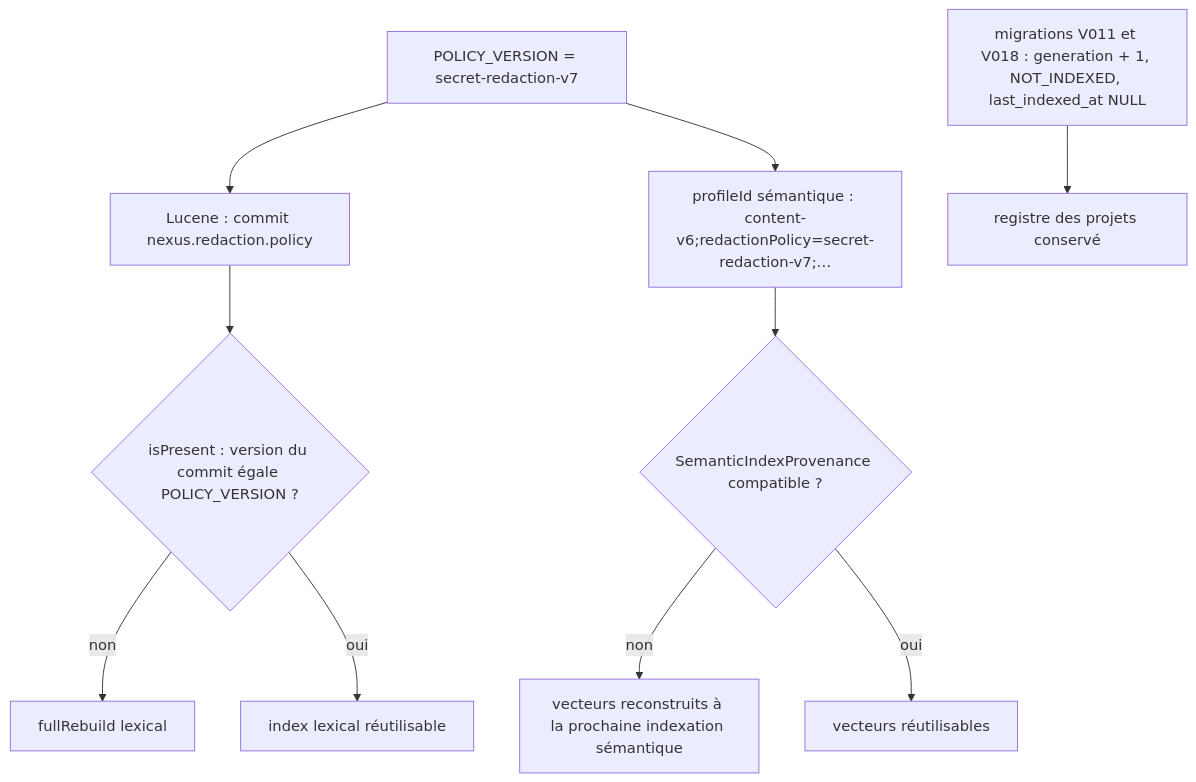
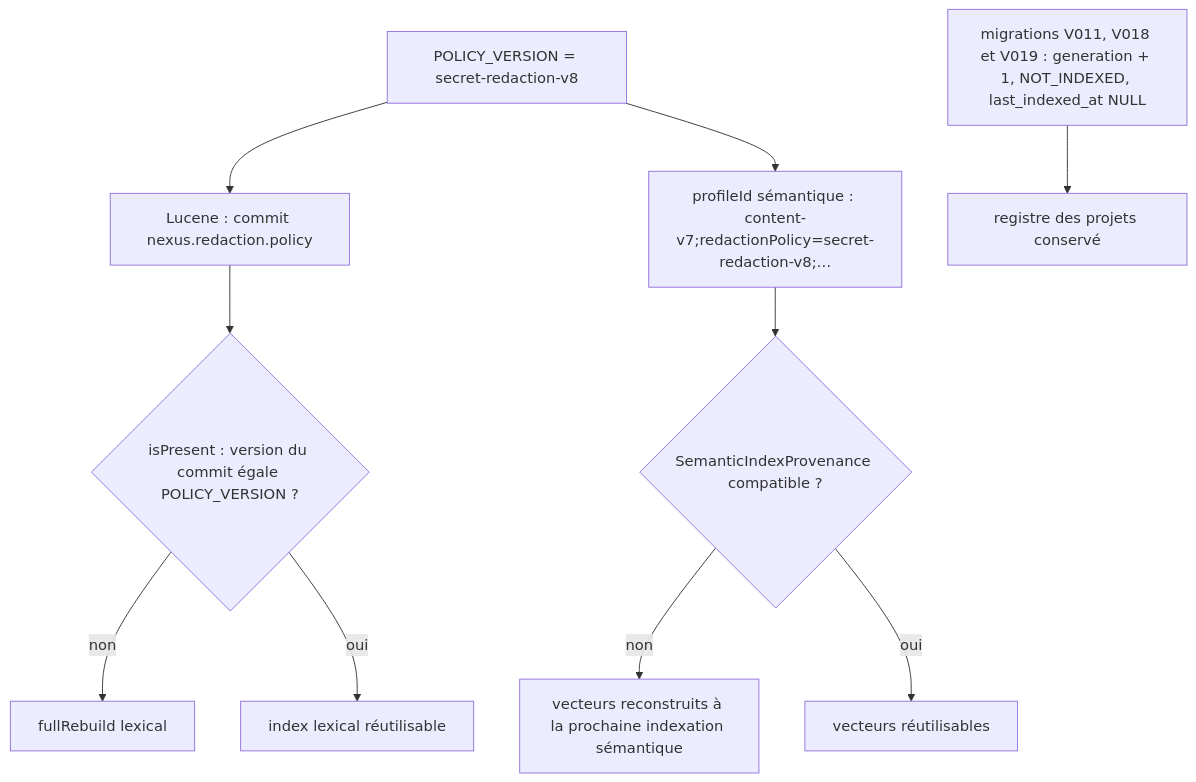
One commit to FTurleque/nexus-context-engine changed the fourth of 4 diagrams in docs/developer/secret-redaction.md. Above: the diagram before and after it, drawn with Mermaid. The commit also changed other lines of this file and 36 other files, not shown here.

````diff
--- a/docs/developer/secret-redaction.md
+++ b/docs/developer/secret-redaction.md
@@ -166,12 +176,12 @@
 ```mermaid
 flowchart TD
-    P["POLICY_VERSION = secret-redaction-v7"] --> L["Lucene : commit nexus.redaction.policy"]
-    P --> S["profileId sémantique : content-v6;redactionPolicy=secret-redaction-v7;…"]
-    M["migrations V011 et V018 : generation + 1, NOT_INDEXED, last_indexed_at NULL"] --> N["registre des projets conservé"]
+    P["POLICY_VERSION = secret-redaction-v8"] --> L["Lucene : commit nexus.redaction.policy"]
+    P --> S["profileId sémantique : content-v7;redactionPolicy=secret-redaction-v8;…"]
+    M["migrations V011, V018 et V019 : generation + 1, NOT_INDEXED, last_indexed_at NULL"] --> N["registre des projets conservé"]
     L --> Q{"isPresent : version du commit égale POLICY_VERSION ?"}
     Q -- non --> F["fullRebuild lexical"]
     Q -- oui --> K["index lexical réutilisable"]
     S --> T{"SemanticIndexProvenance compatible ?"}
     T -- non --> V["vecteurs reconstruits à la prochaine indexation sémantique"]
     T -- oui --> W["vecteurs réutilisables"]
 ```
````
